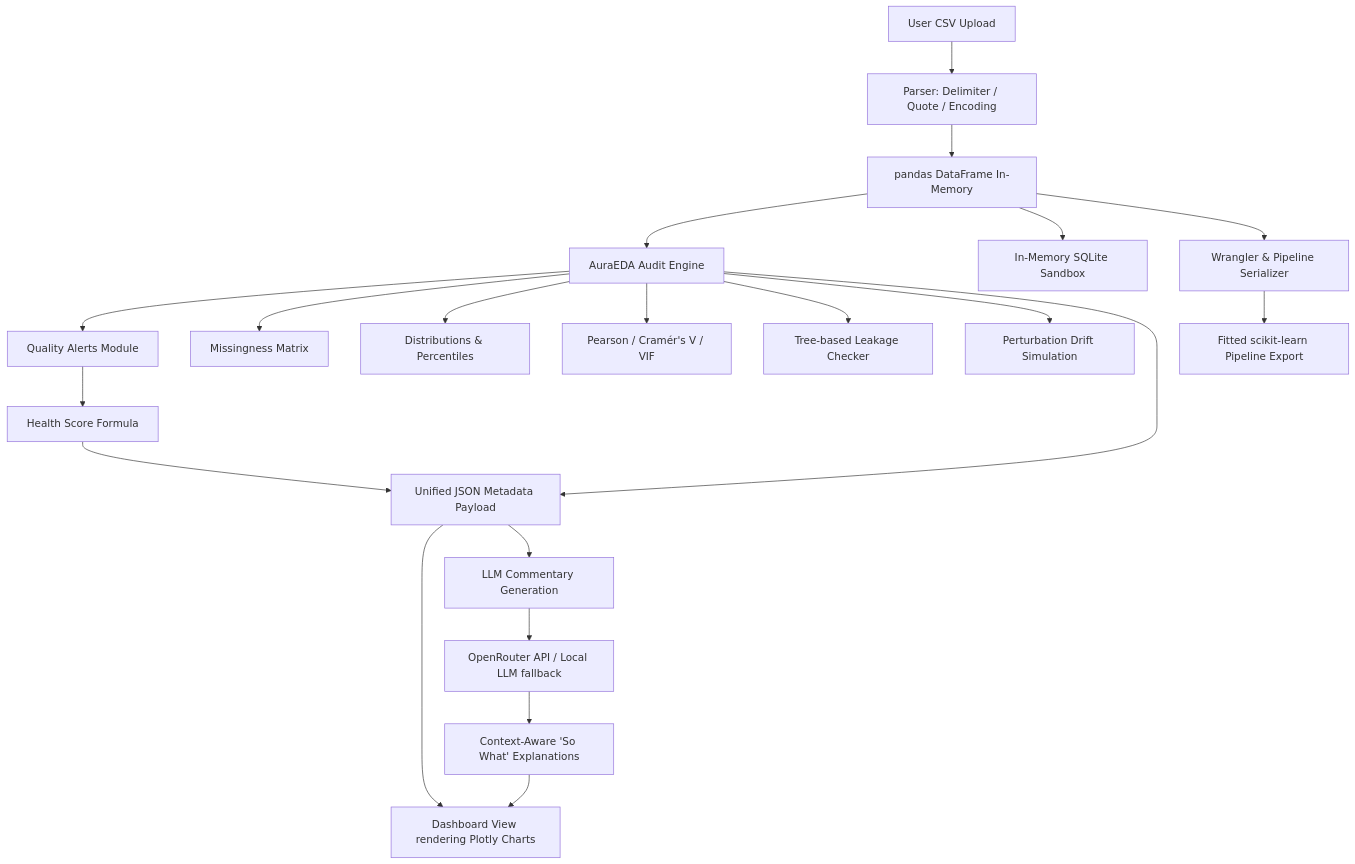
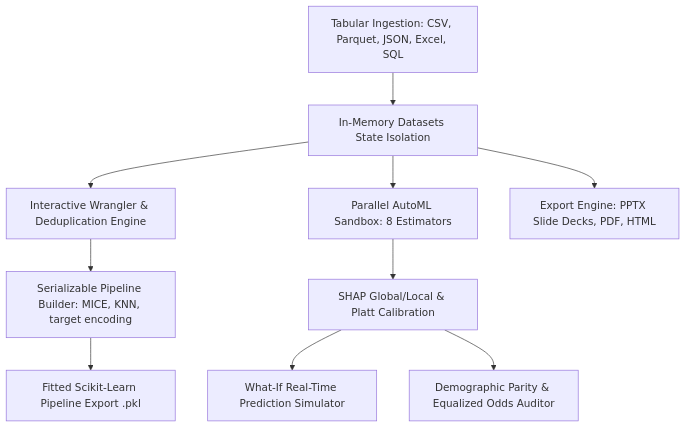
Before and after one commit to ansh63766/AuraEDA: the diagram in README.md, drawn with Mermaid. The commit also changed other lines of this file and 2 other files, not shown here.

Commit message:
docs: update README with comprehensive features catalog and architecture flows for AuraEDA v3.0

````diff
--- a/README.md
+++ b/README.md
@@ -13,27 +15,14 @@
 ```mermaid
 graph TD
-    UserCSV[User CSV Upload] --> Delim[Parser: Delimiter / Quote / Encoding]
-    Delim --> DFInit[pandas DataFrame In-Memory]
+    Ingest[Tabular Ingestion: CSV, Parquet, JSON, Excel, SQL] --> DataState[In-Memory Datasets State Isolation]
+    DataState --> Wrangler[Interactive Wrangler & Deduplication Engine]
+    Wrangler --> Pipeline[Serializable Pipeline Builder: MICE, KNN, target encoding]
+    Pipeline --> Serialization[Fitted Scikit-Learn Pipeline Export .pkl]
     
-    DFInit --> AuditEngine[AuraEDA Audit Engine]
-    AuditEngine --> AlertMod[Quality Alerts Module]
-    AuditEngine --> MissMod[Missingness Matrix]
-    AuditEngine --> DistMod[Distributions & Percentiles]
-    AuditEngine --> CorrMod[Pearson / Cramér's V / VIF]
-    AuditEngine --> LeakMod[Tree-based Leakage Checker]
-    AuditEngine --> DriftMod[Perturbation Drift Simulation]
+    DataState --> AutoML[Parallel AutoML Sandbox: 8 Estimators]
+    AutoML --> Explainability[SHAP Global/Local & Platt Calibration]
+    Explainability --> WhatIf[What-If Real-Time Prediction Simulator]
+    Explainability --> Fairness[Demographic Parity & Equalized Odds Auditor]
     
-    AlertMod --> HealthCalc[Health Score Formula]
-    
-    AuditEngine & HealthCalc --> Payload[Unified JSON Metadata Payload]
-    Payload --> LocalUI[Dashboard View rendering Plotly Charts]
-    Payload --> LLMService[LLM Commentary Generation]
-    
-    LLMService --> OpenRouter[OpenRouter API / Local LLM fallback]
-    OpenRouter --> SoWhat[Context-Aware 'So What' Explanations]
-    SoWhat --> LocalUI
-    
-    DFInit --> SQLTerminal[In-Memory SQLite Sandbox]
-    DFInit --> Preprocessor[Wrangler & Pipeline Serializer]
-    Preprocessor --> Sklearn[Fitted scikit-learn Pipeline Export]
+    DataState --> Reporting[Export Engine: PPTX Slide Decks, PDF, HTML]
 ```
````
